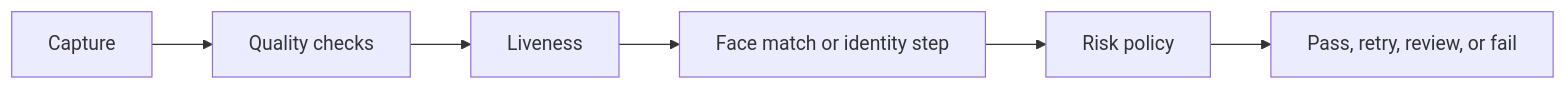
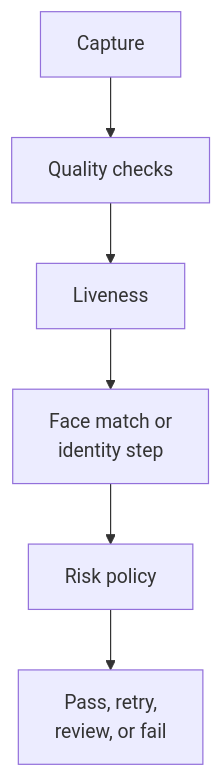
Before and after one commit to Nivratti/ekyc-face-liveness-playbook: the first of 4 diagrams in docs/05-real-world-examples.md, drawn with Mermaid. The commit also changed other lines of this file and 31 other files, not shown here.

Commit message:
docs: improve mermaid diagram readability by converting wide flows to vertical layouts

````diff
--- a/docs/05-real-world-examples.md
+++ b/docs/05-real-world-examples.md
@@ -23,8 +23,8 @@
 ```mermaid
-flowchart LR
+flowchart TB
     A[Capture] --> B[Quality checks]
     B --> C[Liveness]
-    C --> D[Face match or identity step]
+    C --> D[Face match or<br/>identity step]
     D --> E[Risk policy]
-    E --> F[Pass, retry, review, or fail]
+    E --> F[Pass, retry,<br/>review, or fail]
 ```
````
